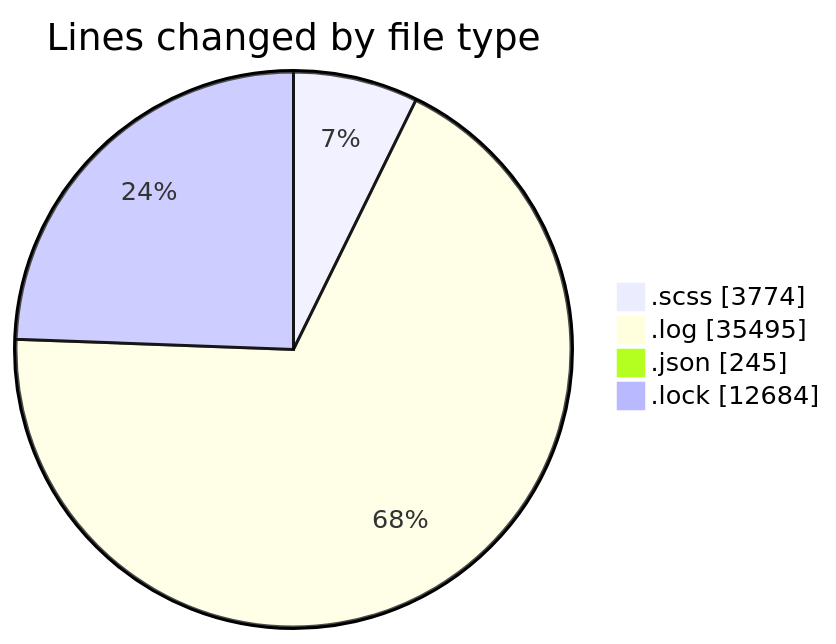
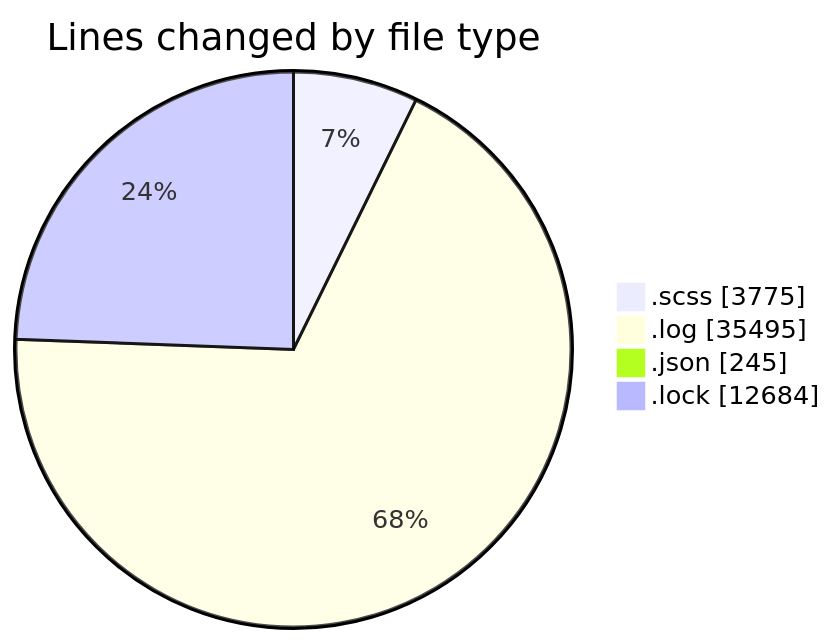
The first of 2 diagrams in 2026-01-21/cda/README.md (momahboobian/code-tracking), drawn with Mermaid before and after one commit. The commit also changed other lines of this file and 1 other file, not shown here.

````diff
--- a/2026-01-21/cda/README.md
+++ b/2026-01-21/cda/README.md
@@ -41,8 +41,8 @@
 ```mermaid
 pie showData
 title Lines changed by file type
-".scss" : 3774
+".scss" : 3775
 ".log" : 35495
 ".json" : 245
 ".lock" : 12684
 ```
````
